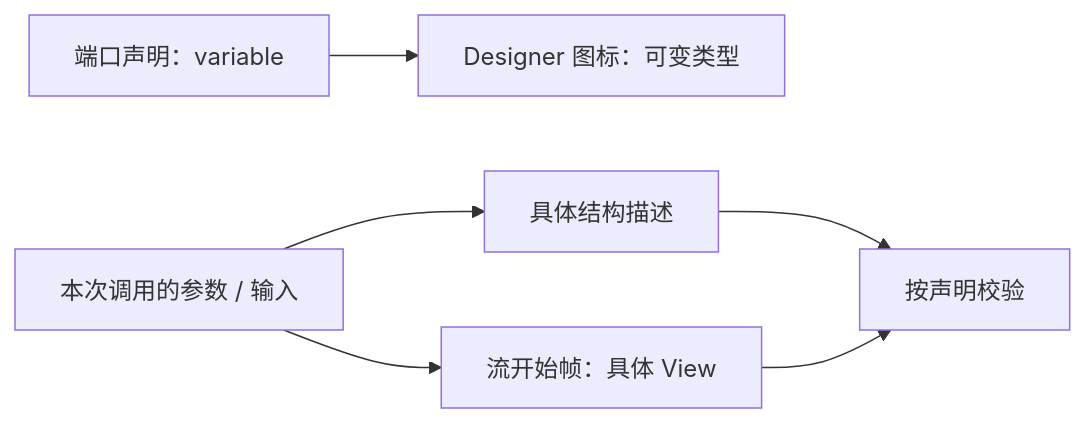
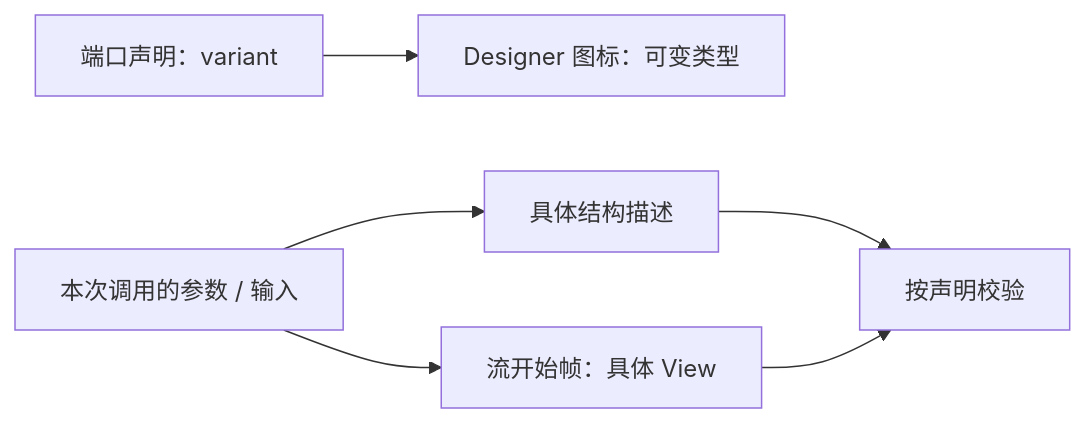
The diagram in docs/operator-ports_zh.md (rdcn-link/xstream-codex), drawn with Mermaid before and after one commit. The commit also changed other lines of this file and 42 other files, not shown here.

````diff
--- a/docs/operator-ports_zh.md
+++ b/docs/operator-ports_zh.md
@@ -52,8 +52,8 @@
 ```mermaid
 flowchart LR
-  Contract["端口声明：variable"] --> Display["Designer 图标：可变类型"]
+  Contract["端口声明：variant"] --> Display["Designer 图标：可变类型"]
   Inputs["本次调用的参数 / 输入"] --> Inference["具体结构描述"]
   Inputs --> Start["流开始帧：具体 View"]
   Inference --> Check["按声明校验"]
   Start --> Check
 ```
````
